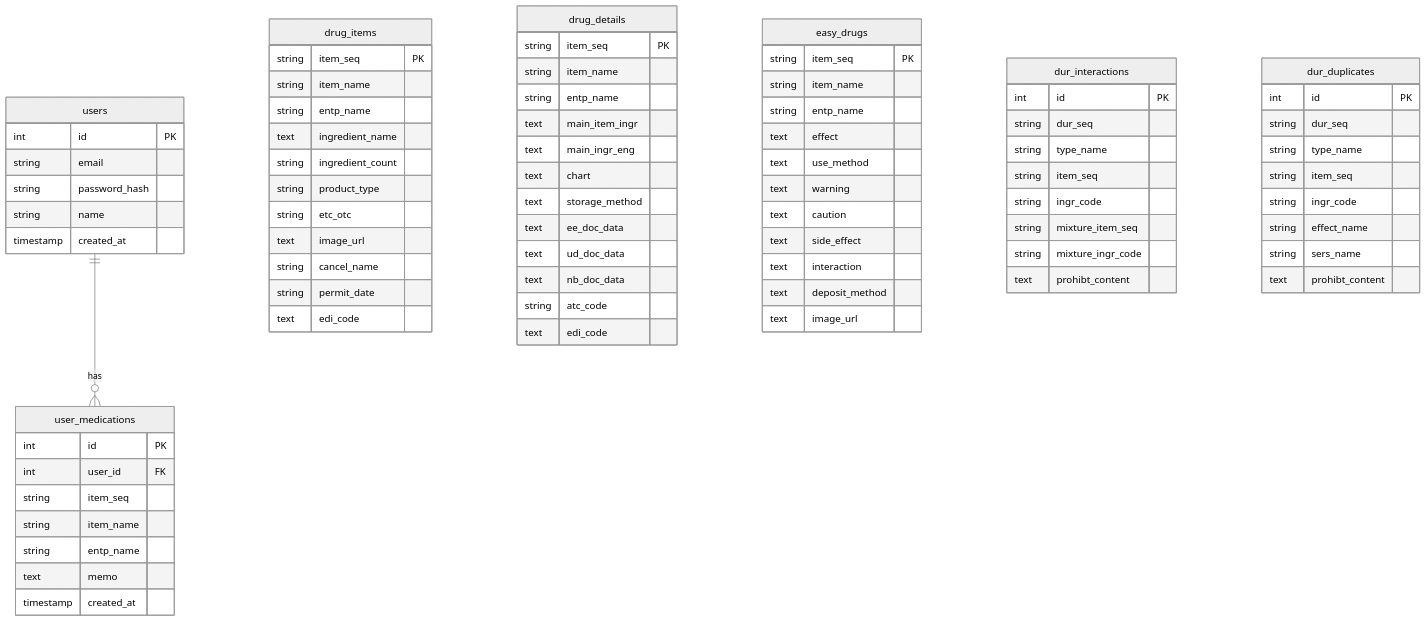
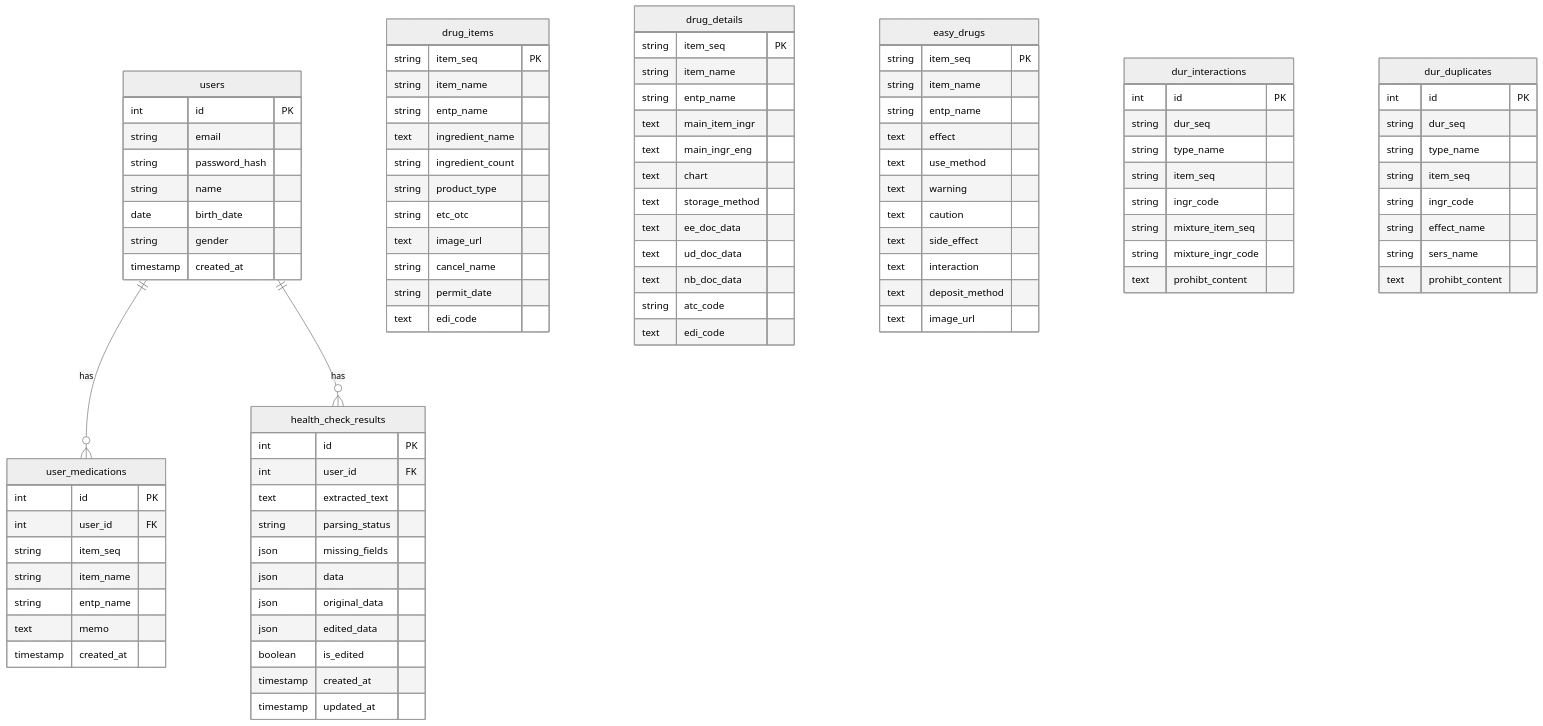
Before and after one commit to JiunShin1214/healthcare-management: the diagram in docs/DATABASE.md, drawn with Mermaid (neutral theme). The commit also changed other lines of this file and 6 other files, not shown here.

First line of the commit message:
refactor: synchronize database models and schemas

````diff
--- a/docs/DATABASE.md
+++ b/docs/DATABASE.md
@@ -9,11 +9,14 @@
 ```mermaid
 erDiagram
     users ||--o{ user_medications : has
+    users ||--o{ health_check_results : has
     users {
         int id PK
         string email
         string password_hash
         string name
+        date birth_date
+        string gender
         timestamp created_at
     }
     user_medications {
@@ -24,6 +27,19 @@
         string entp_name
         text memo
         timestamp created_at
+    }
+    health_check_results {
+        int id PK
+        int user_id FK
+        text extracted_text
+        string parsing_status
+        json missing_fields
+        json data
+        json original_data
+        json edited_data
+        boolean is_edited
+        timestamp created_at
+        timestamp updated_at
     }
     drug_items {
         string item_seq PK
````
